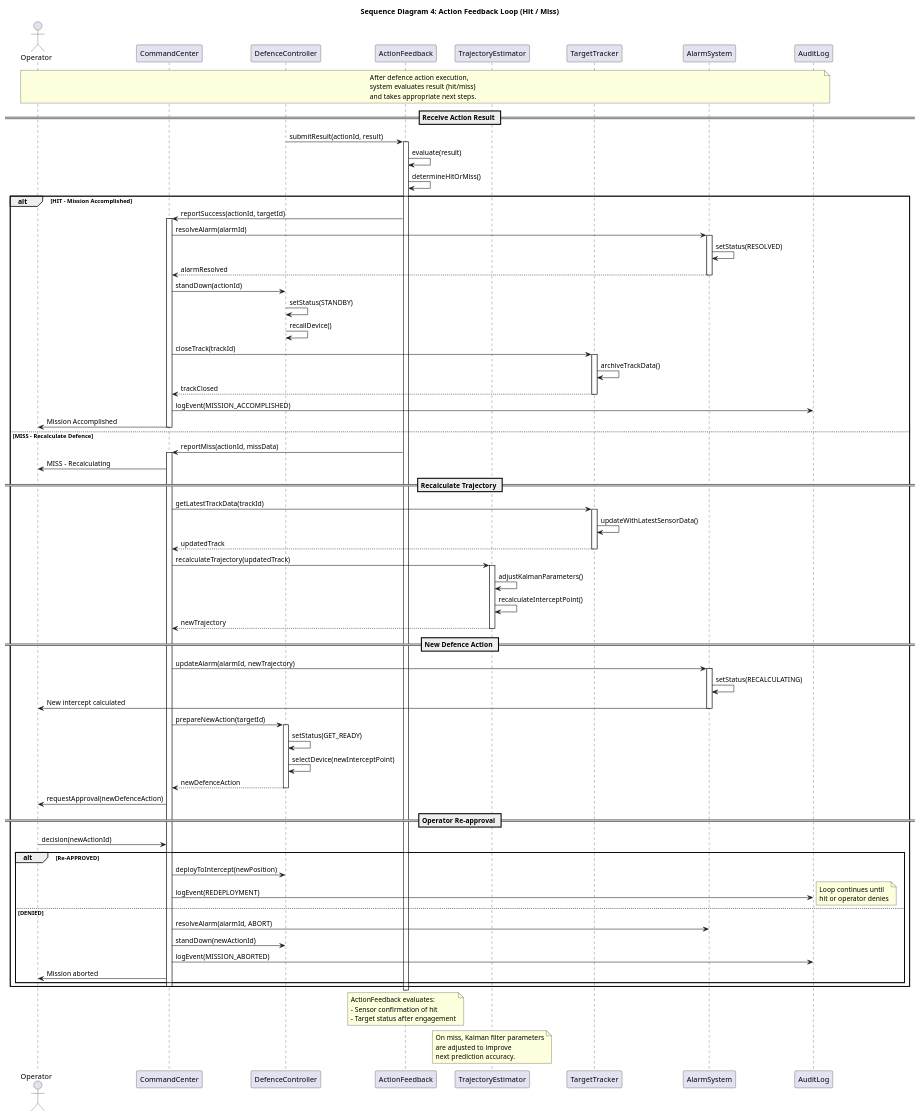
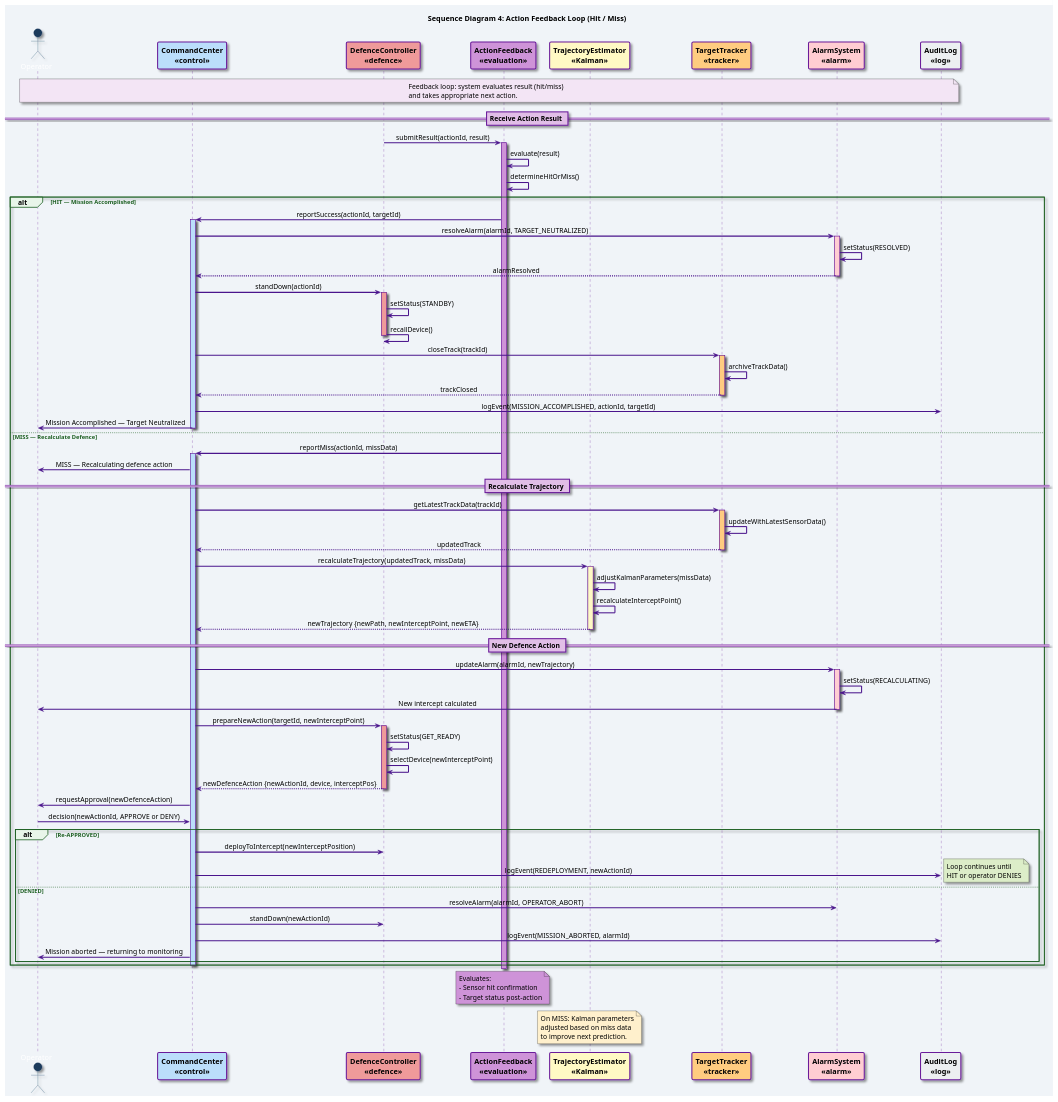
One commit to ministar016/ACS changed the diagram in projektovanje-softvera/diagrams/03_sequence/seq_feedback_loop.puml. Above: the diagram before and after it, drawn with PlantUML. The commit also changed 15 other files, not shown here.

```diff
--- a/projektovanje-softvera/diagrams/03_sequence/seq_feedback_loop.puml
+++ b/projektovanje-softvera/diagrams/03_sequence/seq_feedback_loop.puml
@@ -1,123 +1,150 @@
 @startuml seq_feedback_loop
 title Sequence Diagram 4: Action Feedback Loop (Hit / Miss)
 
+skinparam backgroundColor #F0F4F8
+skinparam shadowing true
+skinparam defaultFontName Helvetica
+skinparam sequenceMessageAlign center
+skinparam responseMessageBelowArrow true
+
+skinparam sequence {
+  ArrowColor #4A148C
+  ArrowThickness 2
+  LifeLineBorderColor #6A1B9A
+  LifeLineBackgroundColor #F3E5F5
+  ParticipantBorderColor #6A1B9A
+  ParticipantBorderThickness 2
+  ParticipantFontStyle bold
+  ActorBorderColor #1B3A5C
+  ActorBackgroundColor #1B3A5C
+  ActorFontColor white
+  DividerBackgroundColor #E1BEE7
+  DividerBorderColor #6A1B9A
+  GroupBorderColor #1B5E20
+  GroupBackgroundColor #E8F5E9
+  GroupFontColor #1B5E20
+  NoteBackgroundColor #FFFDE7
+  NoteBorderColor #F9A825
+  BoxBackgroundColor #F3E5F5
+  BoxBorderColor #6A1B9A
+}
+
 actor "Operator" as OP
-participant "CommandCenter" as CC
-participant "DefenceController" as DC
-participant "ActionFeedback" as AF
-participant "TrajectoryEstimator" as TE
-participant "TargetTracker" as TT
-participant "AlarmSystem" as AS
-participant "AuditLog" as AUDIT
+participant "CommandCenter\n<<control>>" as CC #BBDEFB
+participant "DefenceController\n<<defence>>" as DC #EF9A9A
+participant "ActionFeedback\n<<evaluation>>" as AF #CE93D8
+participant "TrajectoryEstimator\n<<Kalman>>" as TE #FFF9C4
+participant "TargetTracker\n<<tracker>>" as TT #FFCC80
+participant "AlarmSystem\n<<alarm>>" as AS #FFCDD2
+participant "AuditLog\n<<log>>" as AUDIT #ECEFF1
 
-note over OP, AUDIT
-  After defence action execution,
-  system evaluates result (hit/miss)
-  and takes appropriate next steps.
+note over OP, AUDIT #F3E5F5
+  Feedback loop: system evaluates result (hit/miss)
+  and takes appropriate next action.
 end note
 
 == Receive Action Result ==
 DC -> AF : submitResult(actionId, result)
-activate AF
+activate AF #CE93D8
 AF -> AF : evaluate(result)
 AF -> AF : determineHitOrMiss()
 
-alt HIT - Mission Accomplished
+alt HIT — Mission Accomplished
 
   AF -> CC : reportSuccess(actionId, targetId)
-  activate CC
+  activate CC #BBDEFB
 
-  CC -> AS : resolveAlarm(alarmId)
-  activate AS
+  CC -> AS : resolveAlarm(alarmId, TARGET_NEUTRALIZED)
+  activate AS #FFCDD2
   AS -> AS : setStatus(RESOLVED)
   AS --> CC : alarmResolved
   deactivate AS
 
   CC -> DC : standDown(actionId)
+  activate DC #EF9A9A
   DC -> DC : setStatus(STANDBY)
   DC -> DC : recallDevice()
+  deactivate DC
 
   CC -> TT : closeTrack(trackId)
-  activate TT
+  activate TT #FFCC80
   TT -> TT : archiveTrackData()
   TT --> CC : trackClosed
   deactivate TT
 
-  CC -> AUDIT : logEvent(MISSION_ACCOMPLISHED)
-  CC -> OP : Mission Accomplished
+  CC -> AUDIT : logEvent(MISSION_ACCOMPLISHED, actionId, targetId)
+  CC -> OP : Mission Accomplished — Target Neutralized
 
   deactivate CC
 
-else MISS - Recalculate Defence
+else MISS — Recalculate Defence
 
   AF -> CC : reportMiss(actionId, missData)
-  activate CC
-
-  CC -> OP : MISS - Recalculating
+  activate CC #BBDEFB
+  CC -> OP : MISS — Recalculating defence action
 
   == Recalculate Trajectory ==
   CC -> TT : getLatestTrackData(trackId)
-  activate TT
+  activate TT #FFCC80
   TT -> TT : updateWithLatestSensorData()
   TT --> CC : updatedTrack
   deactivate TT
 
-  CC -> TE : recalculateTrajectory(updatedTrack)
-  activate TE
-  TE -> TE : adjustKalmanParameters()
+  CC -> TE : recalculateTrajectory(updatedTrack, missData)
+  activate TE #FFF9C4
+  TE -> TE : adjustKalmanParameters(missData)
   TE -> TE : recalculateInterceptPoint()
-  TE --> CC : newTrajectory
+  TE --> CC : newTrajectory {newPath, newInterceptPoint, newETA}
   deactivate TE
 
   == New Defence Action ==
   CC -> AS : updateAlarm(alarmId, newTrajectory)
-  activate AS
+  activate AS #FFCDD2
   AS -> AS : setStatus(RECALCULATING)
   AS -> OP : New intercept calculated
   deactivate AS
 
-  CC -> DC : prepareNewAction(targetId)
-  activate DC
+  CC -> DC : prepareNewAction(targetId, newInterceptPoint)
+  activate DC #EF9A9A
   DC -> DC : setStatus(GET_READY)
   DC -> DC : selectDevice(newInterceptPoint)
-  DC --> CC : newDefenceAction
+  DC --> CC : newDefenceAction {newActionId, device, interceptPos}
   deactivate DC
 
   CC -> OP : requestApproval(newDefenceAction)
 
-  == Operator Re-approval ==
-  OP -> CC : decision(newActionId)
+  OP -> CC : decision(newActionId, APPROVE or DENY)
 
   alt Re-APPROVED
-    CC -> DC : deployToIntercept(newPosition)
-    CC -> AUDIT : logEvent(REDEPLOYMENT)
-    note right
+    CC -> DC : deployToIntercept(newInterceptPosition)
+    CC -> AUDIT : logEvent(REDEPLOYMENT, newActionId)
+    note right #DCEDC8
       Loop continues until
-      hit or operator denies
+      HIT or operator DENIES
     end note
   else DENIED
-    CC -> AS : resolveAlarm(alarmId, ABORT)
+    CC -> AS : resolveAlarm(alarmId, OPERATOR_ABORT)
     CC -> DC : standDown(newActionId)
-    CC -> AUDIT : logEvent(MISSION_ABORTED)
-    CC -> OP : Mission aborted
+    CC -> AUDIT : logEvent(MISSION_ABORTED, alarmId)
+    CC -> OP : Mission aborted — returning to monitoring
   end
 
   deactivate CC
 
 end
 
 deactivate AF
 
-note over AF
-  ActionFeedback evaluates:
-  - Sensor confirmation of hit
-  - Target status after engagement
+note over AF #CE93D8
+  Evaluates:
+  - Sensor hit confirmation
+  - Target status post-action
 end note
 
-note over TE
-  On miss, Kalman filter parameters
-  are adjusted to improve
-  next prediction accuracy.
+note over TE #FFF0CC
+  On MISS: Kalman parameters
+  adjusted based on miss data
+  to improve next prediction.
 end note
 
 @enduml
```
